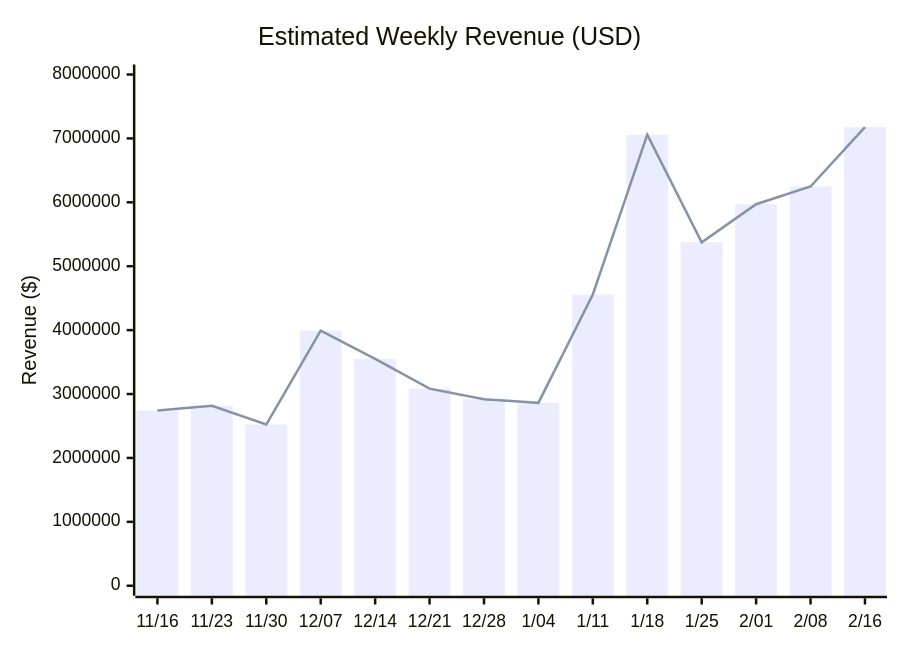
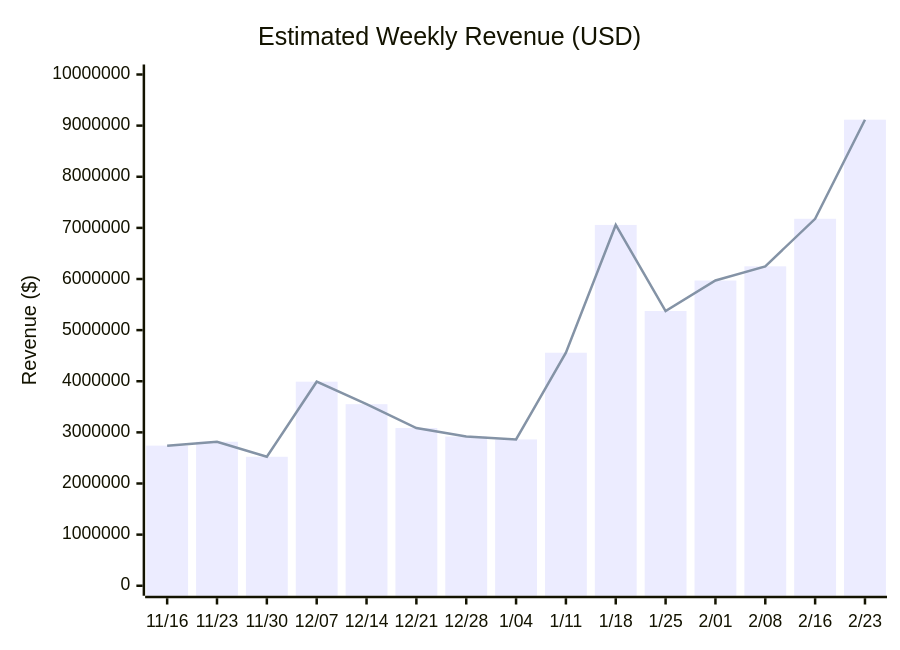
One commit to johnbean393/openrouter-inference-stats changed the first of 4 diagrams in README.md. Above: the diagram before and after it, drawn with Mermaid. The commit also changed other lines of this file and 1 other file, not shown here.

````diff
--- a/README.md
+++ b/README.md
@@ -17,8 +17,8 @@
 ```mermaid
 xychart-beta
     title "Estimated Weekly Revenue (USD)"
-    x-axis ["11/16", "11/23", "11/30", "12/07", "12/14", "12/21", "12/28", "1/04", "1/11", "1/18", "1/25", "2/01", "2/08", "2/16"]
-    y-axis "Revenue ($)" 0 --> 8000000
-    bar [2740620.94, 2816925.48, 2523142.13, 3991396.39, 3551394.6, 3084659.53, 2918272.88, 2862056.98, 4558077.75, 7057753.91, 5373700.56, 5970586.37, 6247827.58, 7177565.34]
-    line [2740620.94, 2816925.48, 2523142.13, 3991396.39, 3551394.6, 3084659.53, 2918272.88, 2862056.98, 4558077.75, 7057753.91, 5373700.56, 5970586.37, 6247827.58, 7177565.34]
+    x-axis ["11/16", "11/23", "11/30", "12/07", "12/14", "12/21", "12/28", "1/04", "1/11", "1/18", "1/25", "2/01", "2/08", "2/16", "2/23"]
+    y-axis "Revenue ($)" 0 --> 10000000
+    bar [2740620.94, 2816925.48, 2523142.13, 3991396.39, 3551394.6, 3084659.53, 2918272.88, 2862056.98, 4558077.75, 7057753.91, 5373700.56, 5970586.37, 6247827.58, 7177565.34, 9116055.43]
+    line [2740620.94, 2816925.48, 2523142.13, 3991396.39, 3551394.6, 3084659.53, 2918272.88, 2862056.98, 4558077.75, 7057753.91, 5373700.56, 5970586.37, 6247827.58, 7177565.34, 9116055.43]
 ```
````
